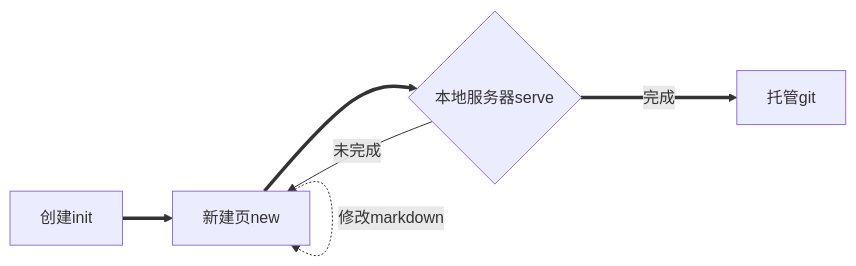
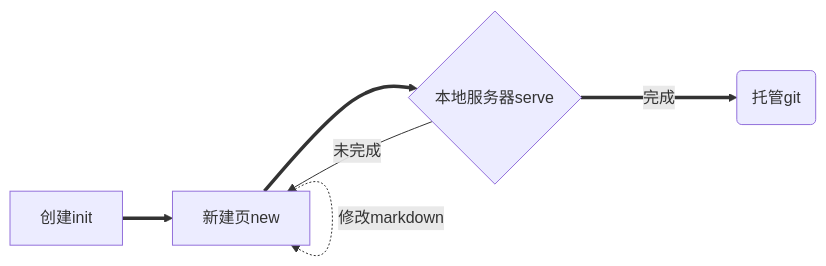
One commit to dsw676676/note_3.1 changed the diagram in 前端搭建学习笔记/Blog.md. Above: the diagram before and after it, drawn with Mermaid. The commit also changed other lines of this file, not shown here.

````diff
--- a/前端搭建学习笔记/Blog.md
+++ b/前端搭建学习笔记/Blog.md
@@ -17,6 +17,6 @@
 ```mermaid
 graph LR
-A[创建init] ==> B[新建页new] ==> C{本地服务器serve} ==>|完成| D[托管git]
+A[创建init] ==> B[新建页new] ==> C{本地服务器serve} ==>|完成| D(托管git)
 C -->|未完成| B
 B -.->|修改markdown| B
 ```
````
